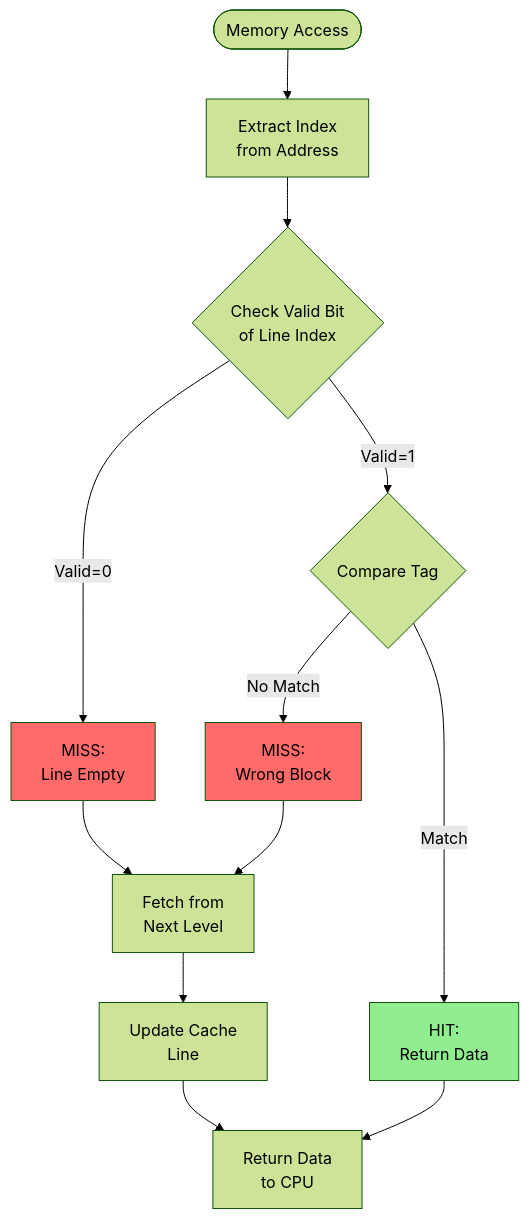
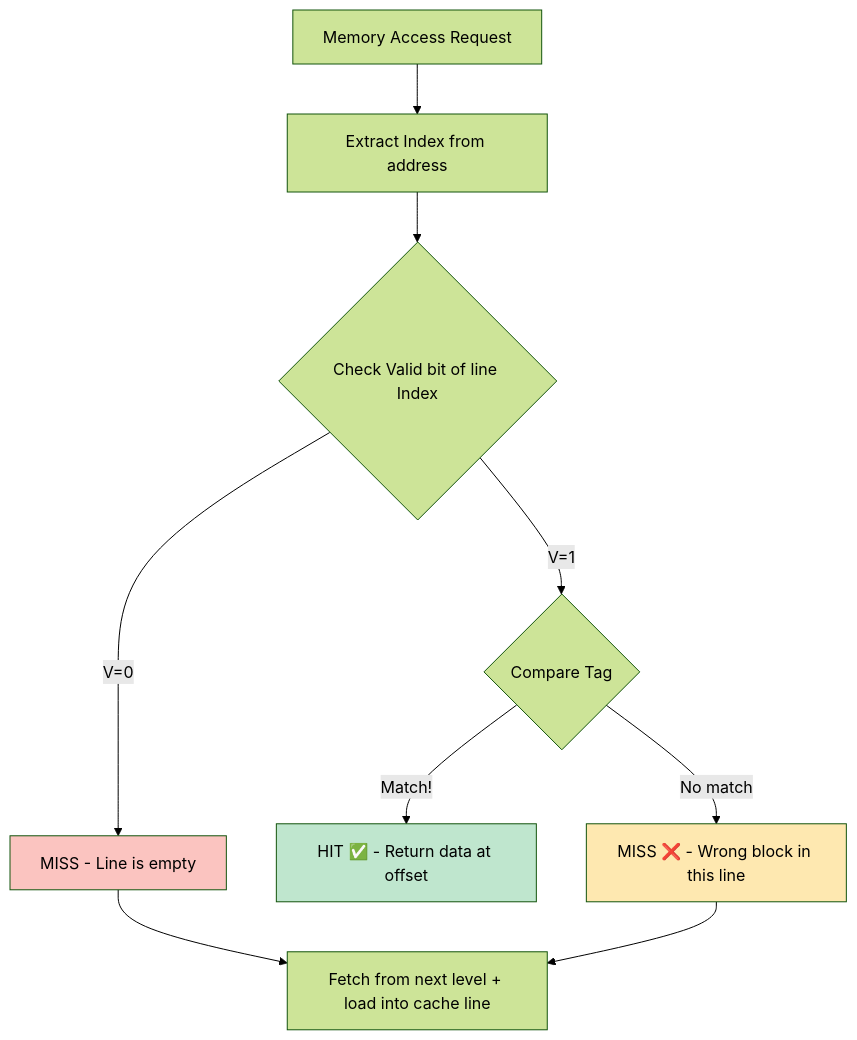
The ninth of 17 diagrams in sem4/MPCA/U3/README.md (Dharani9018/Academic_stuff), drawn with Mermaid (forest theme) before and after one commit. The commit also changed other lines of this file and 3 other files, not shown here.

````diff
--- a/sem4/MPCA/U3/README.md
+++ b/sem4/MPCA/U3/README.md
@@ -2231,19 +414,15 @@
 ```mermaid
 flowchart TD
-    Start([Memory Access]) --> Extract[Extract Index<br/>from Address]
-    Extract --> Check{Check Valid Bit<br/>of Line Index}
-    Check -->|Valid=0| Miss1[MISS:<br/>Line Empty]
-    Check -->|Valid=1| Compare{Compare Tag}
-    Compare -->|Match| Hit[HIT:<br/>Return Data]
-    Compare -->|No Match| Miss2[MISS:<br/>Wrong Block]
-    
-    Miss1 --> Fetch[Fetch from<br/>Next Level]
-    Miss2 --> Fetch
-    Fetch --> Update[Update Cache<br/>Line]
-    Update --> Return[Return Data<br/>to CPU]
-    Hit --> Return
-    
-    style Hit fill:#90ee90
-    style Miss1 fill:#ff6b6b
-    style Miss2 fill:#ff6b6b
+    style HIT fill:#bfe6ce,color:#000
+    style M1 fill:#fbc4c0,color:#000
+    style M2 fill:#fee8b0,color:#000
+
+    A[Memory Access Request] --> B[Extract Index from address]
+    B --> C{Check Valid bit of line Index}
+    C -->|V=0| M1[MISS - Line is empty]
+    C -->|V=1| D{Compare Tag}
+    D -->|Match!| HIT[HIT ✅ - Return data at offset]
+    D -->|No match| M2[MISS ❌ - Wrong block in this line]
+    M1 --> E[Fetch from next level + load into cache line]
+    M2 --> E
 ```
````
